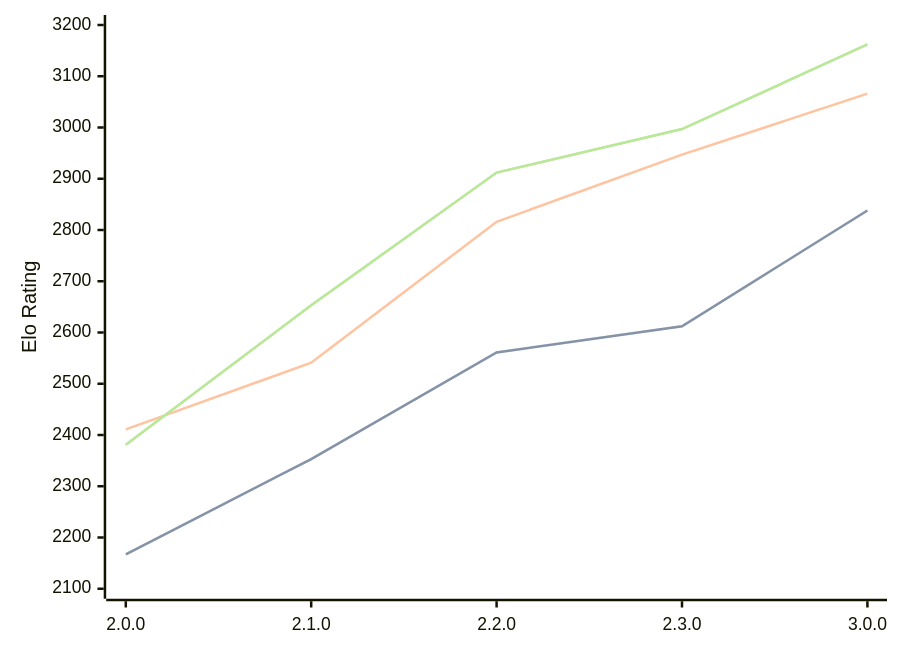
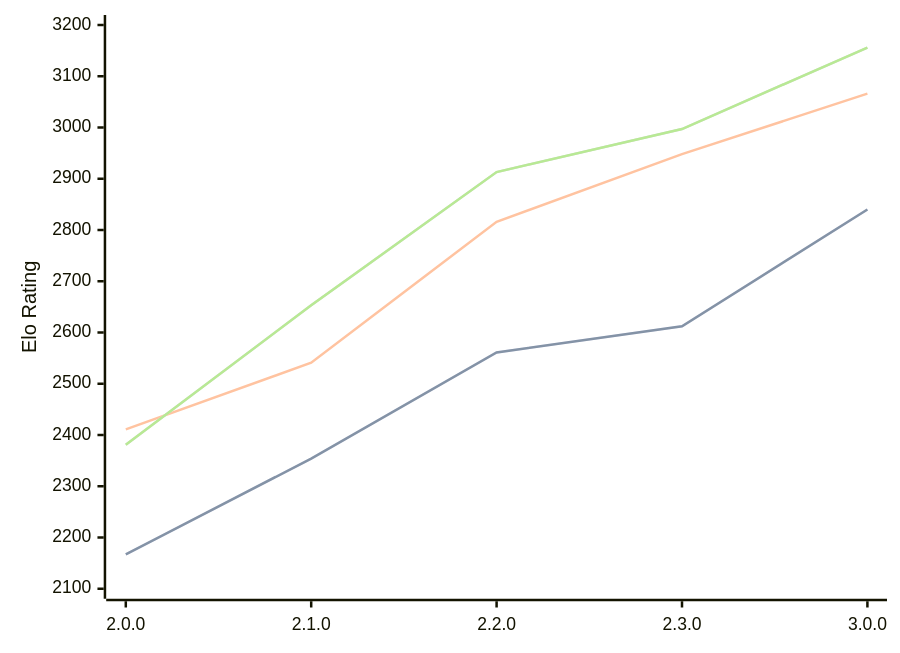
Before and after one commit to computer-chess-index/cci: the diagram in engines/Raphael.md, drawn with Mermaid. The commit also changed other lines of this file, not shown here.

Commit message:
Update CCI Ratings (ELO VLTC) - 2026-02-15

````diff
--- a/engines/Raphael.md
+++ b/engines/Raphael.md
@@ -44,11 +44,11 @@
 ```mermaid
 %%{init: {"theme":"base","themeVariables":{"seriesColors:['#a3a3a3','#222221','#faa371']}}}%%
 xychart-beta
   x-axis ["2.0.0", "2.1.0", "2.2.0", "2.3.0", "3.0.0"]
   y-axis "Elo Rating" 2100 --> 3200
-  line "STC (8.0+0.08s)" [2167, 2353, 2561, 2612, 2838]
-  line "STC (8.0+0.08s)" [2167, 2353, 2561, 2612, 2838]
-  line "LTC (60.0+0.60s)" [2411, 2541, 2816, 2947, 3066]
-  line "VLTC (2m24s+1.12s)" [2381, 2653, 2912, 2997, 3162]
-  line "VLTC (2m24s+1.12s)" [2381, 2653, 2912, 2997, 3162]
+  line "STC (8.0+0.08s)" [2167, 2354, 2561, 2612, 2840]
+  line "STC (8.0+0.08s)" [2167, 2354, 2561, 2612, 2840]
+  line "LTC (60.0+0.60s)" [2411, 2541, 2816, 2948, 3066]
+  line "VLTC (2m24s+1.12s)" [2381, 2653, 2913, 2997, 3156]
+  line "VLTC (2m24s+1.12s)" [2381, 2653, 2913, 2997, 3156]
 ```
````
